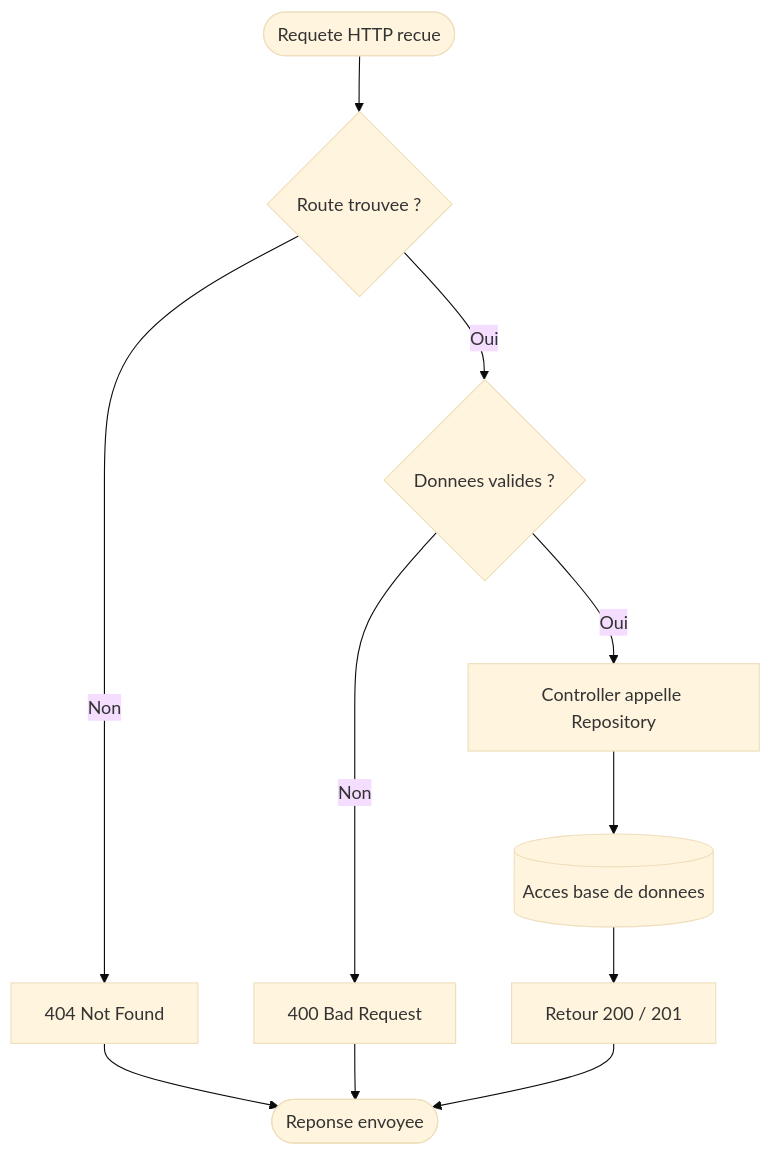
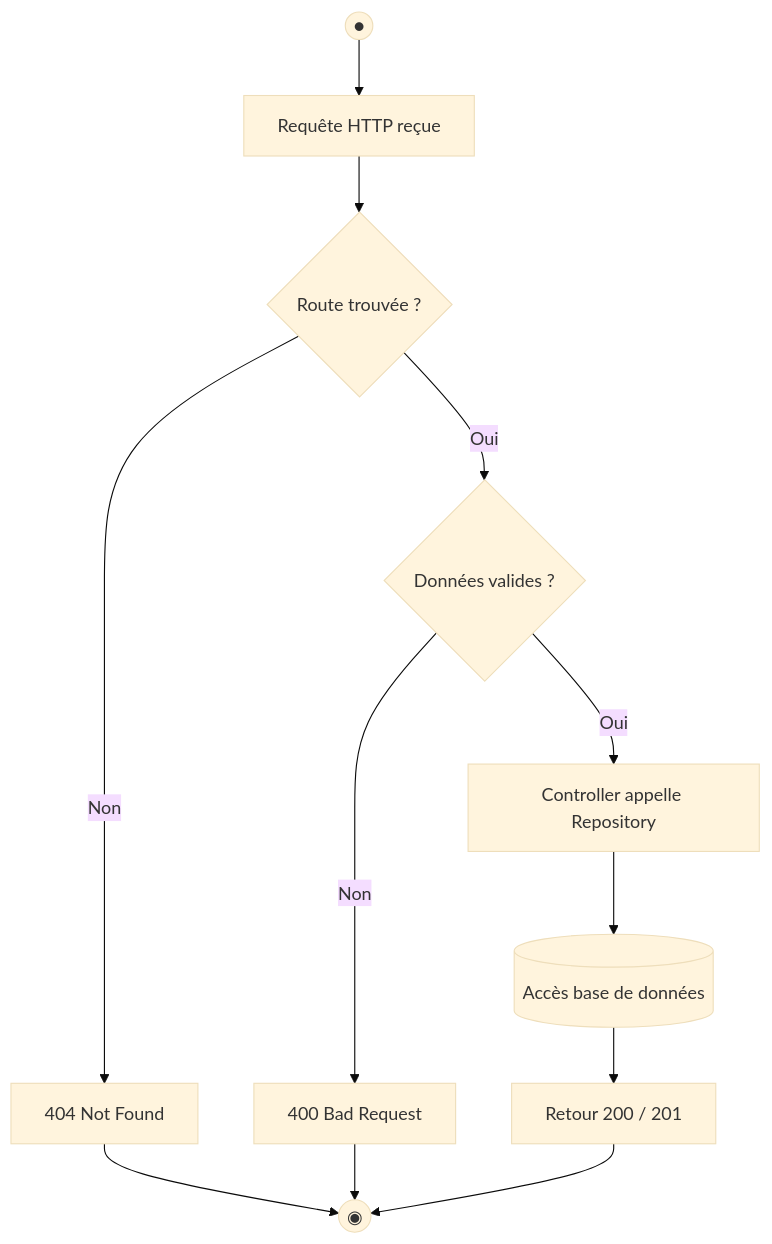
The fourth of 5 diagrams in PlaylistAppAPI/TP3_GUIDE.md (BTS1-SIO-SLAM-LSW/playlist-csharp), drawn with Mermaid (base theme) before and after one commit. The commit also changed other lines of this file and 6 other files, not shown here.

````diff
--- a/PlaylistAppAPI/TP3_GUIDE.md
+++ b/PlaylistAppAPI/TP3_GUIDE.md
@@ -185,13 +185,14 @@
 ```mermaid
 flowchart TD
-    D([Requete HTTP recue]) --> R{Route trouvee ?}
-    R -->|Non| E404[404 Not Found]
-    R -->|Oui| V{Donnees valides ?}
-    V -->|Non| E400[400 Bad Request]
-    V -->|Oui| S[Controller appelle Repository]
-    S --> DB[(Acces base de donnees)]
-    DB --> OK[Retour 200 / 201]
-    E404 --> F([Reponse envoyee])
-    E400 --> F
-    OK --> F
+    ini(("●")) --> RQ["Requête HTTP reçue"]
+    RQ --> R{"Route trouvée ?"}
+    R -->|"Non"| E404["404 Not Found"]
+    R -->|"Oui"| V{"Données valides ?"}
+    V -->|"Non"| E400["400 Bad Request"]
+    V -->|"Oui"| S["Controller appelle Repository"]
+    S --> DB[("Accès base de données")]
+    DB --> OK["Retour 200 / 201"]
+    E404 --> fin(("◉"))
+    E400 --> fin
+    OK --> fin
 ```
````
